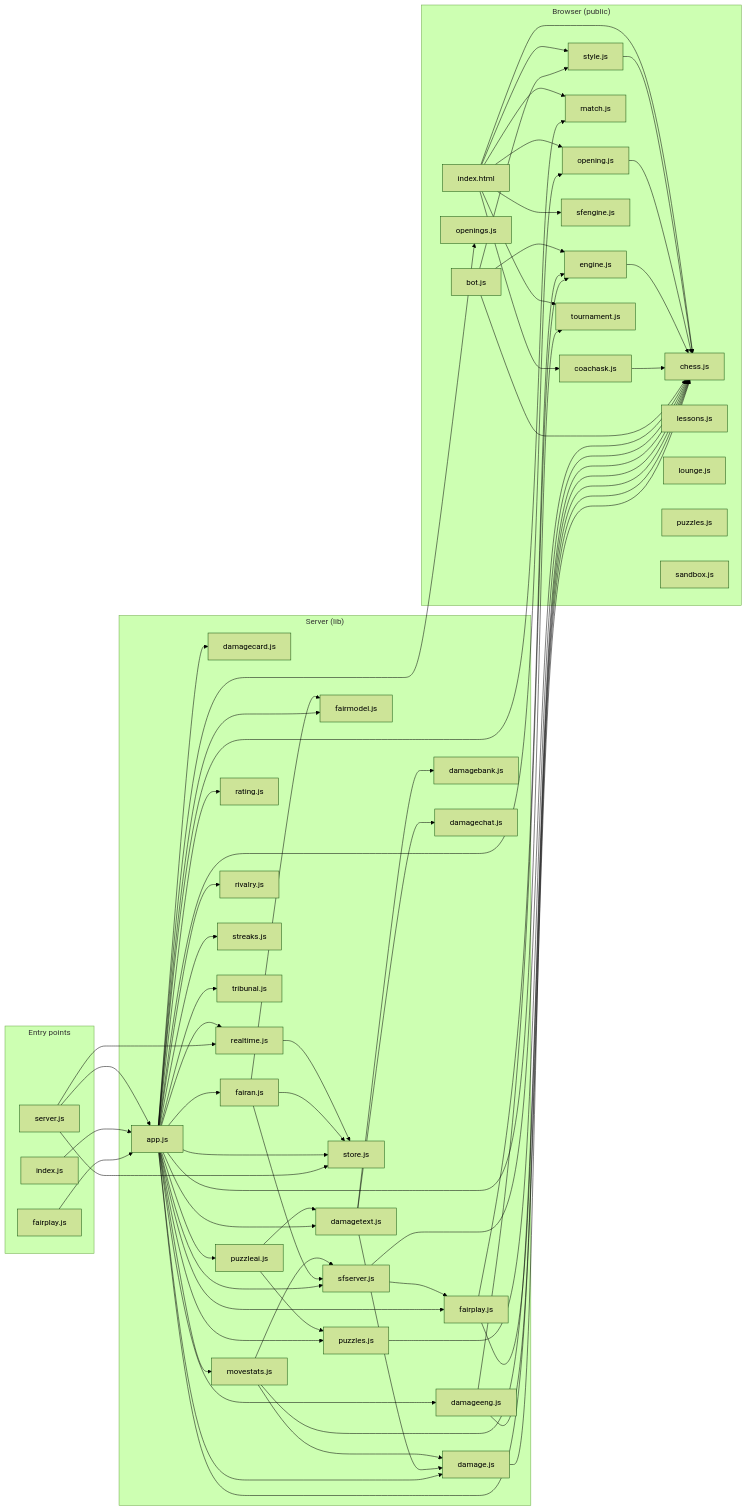
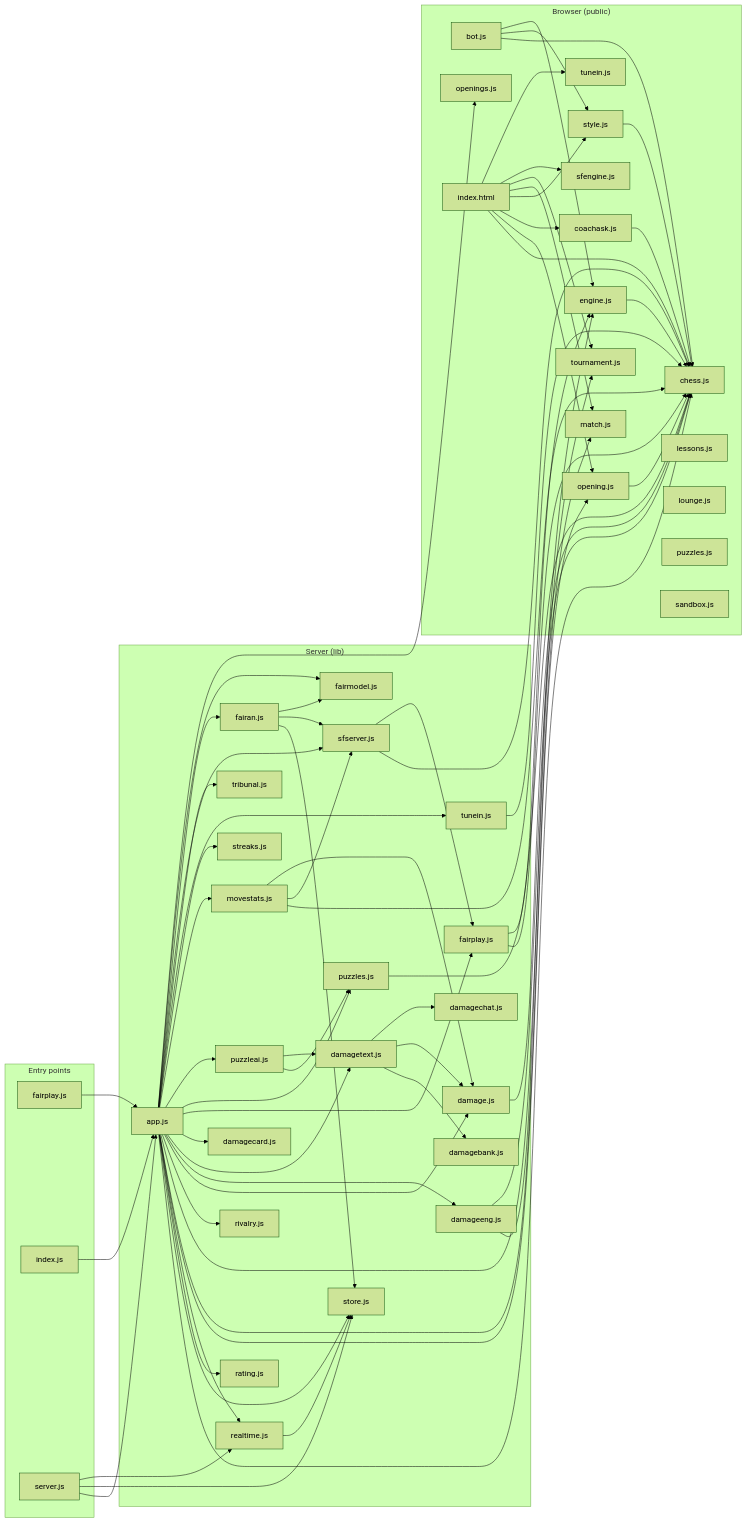
Before and after one commit to Vihaancoding/chess-with-friends: the diagram in docs/code-map.md, drawn with Mermaid (forest theme). The commit also changed other lines of this file and 9 other files, not shown here.

````diff
--- a/docs/code-map.md
+++ b/docs/code-map.md
@@ -30,6 +30,7 @@
     lib_store_js["store.js"]
     lib_streaks_js["streaks.js"]
     lib_tribunal_js["tribunal.js"]
+    lib_tunein_js["tunein.js"]
   end
   subgraph "Browser (public)"
     public_bot_js["bot.js"]
@@ -46,6 +47,7 @@
     public_sfengine_js["sfengine.js"]
     public_style_js["style.js"]
     public_tournament_js["tournament.js"]
+    public_tunein_js["tunein.js"]
     public_index_html["index.html"]
   end
   api_fairplay_js --> lib_app_js
@@ -70,6 +72,7 @@
   lib_app_js --> lib_puzzleai_js
   lib_app_js --> lib_movestats_js
   lib_app_js --> lib_streaks_js
+  lib_app_js --> lib_tunein_js
   lib_app_js --> lib_tribunal_js
   lib_app_js --> lib_sfserver_js
   lib_app_js --> lib_fairan_js
@@ -95,6 +98,7 @@
   lib_realtime_js --> lib_store_js
   lib_sfserver_js --> public_chess_js
   lib_sfserver_js --> lib_fairplay_js
+  lib_tunein_js --> public_chess_js
   public_bot_js --> public_chess_js
   public_bot_js --> public_style_js
   public_bot_js --> public_engine_js
@@ -109,4 +113,5 @@
   public_index_html --> public_match_js
   public_index_html --> public_tournament_js
   public_index_html --> public_sfengine_js
+  public_index_html --> public_tunein_js
 ```
````
